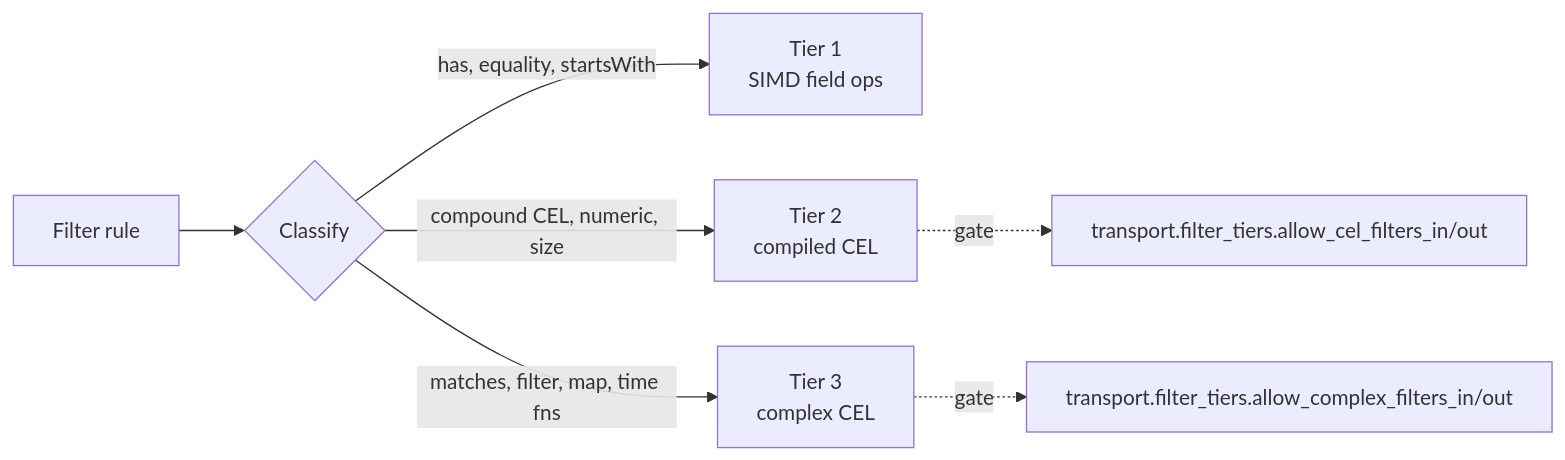
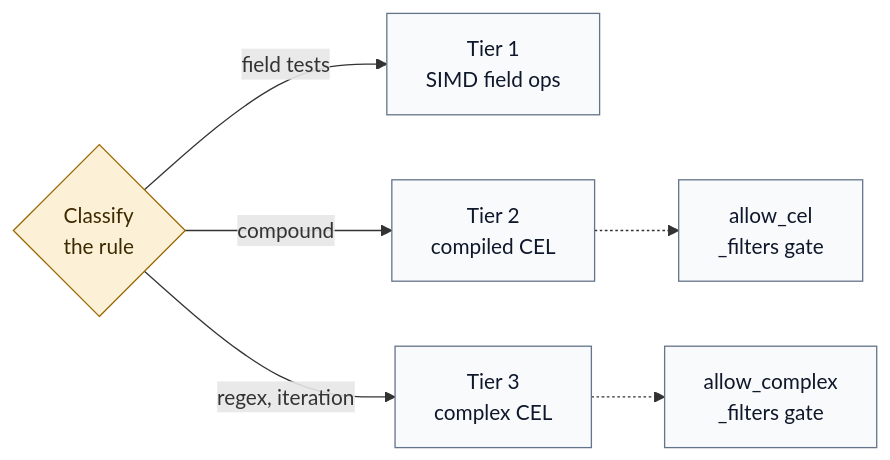
Before and after one commit to hyperi-io/scalo-rs: the diagram in docs/transport/filter-engine.md, drawn with Mermaid. The commit also changed other lines of this file and 55 other files, not shown here.

First line of the commit message:
docs(scalo-rs): redraw every diagram and fix claims against code

````diff
--- a/docs/transport/filter-engine.md
+++ b/docs/transport/filter-engine.md
@@ -32,9 +34,22 @@
 ```mermaid
 flowchart LR
-    R[Filter rule] --> C{Classify}
-    C -->|has, equality, startsWith| T1["Tier 1<br/>SIMD field ops"]
-    C -->|compound CEL, numeric, size| T2["Tier 2<br/>compiled CEL"]
-    C -->|matches, filter, map, time fns| T3["Tier 3<br/>complex CEL"]
-    T2 -.->|gate| G2["transport.filter_tiers.allow_cel_filters_in/out"]
-    T3 -.->|gate| G3["transport.filter_tiers.allow_complex_filters_in/out"]
+    accTitle: L4 Detail -- Filter tiers
+    accDescr: At config load each filter rule is classified. Field presence, equality and prefix tests run in tier 1 with SIMD field operations. Compound, numeric and size expressions run in tier 2 as compiled CEL, behind the allow_cel_filters gate. Regex, iteration and time functions run in tier 3 as complex CEL, behind the allow_complex_filters gate.
+
+    classify{"Classify<br/>the rule"}
+    tier_1["Tier 1<br/>SIMD field ops"]
+    tier_2["Tier 2<br/>compiled CEL"]
+    tier_3["Tier 3<br/>complex CEL"]
+    gate_2["allow_cel<br/>_filters gate"]
+    gate_3["allow_complex<br/>_filters gate"]
+
+    classify -->|field tests| tier_1
+    classify -->|compound| tier_2
+    classify -->|regex, iteration| tier_3
+    tier_2 -.-> gate_2
+    tier_3 -.-> gate_3
+
+    classDef default fill:#F8FAFC,stroke:#64748B,stroke-width:1px,color:#0F172A
+    classDef decision fill:#FCF1D6,stroke:#9A6700,stroke-width:1px,color:#3D2A00
+    class classify decision
 ```
````
